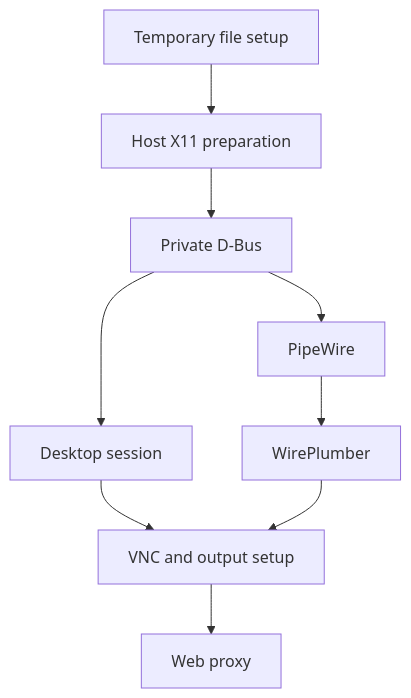
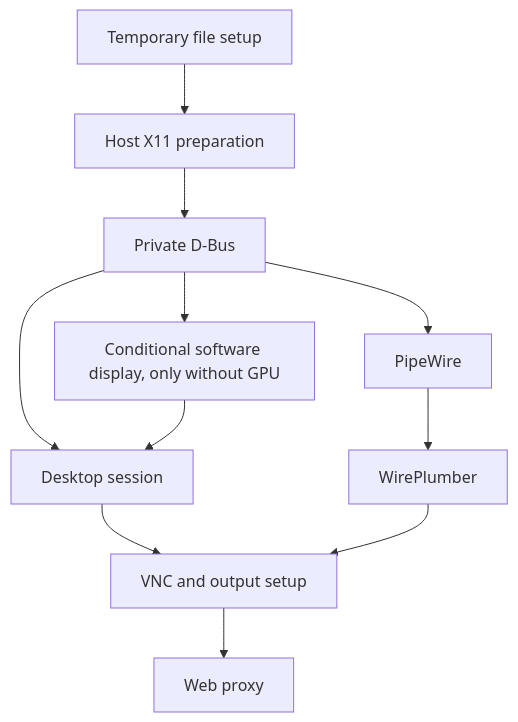
One commit to skynet-core/kde-container changed the diagram in docs/diagrams/service-order.mmd. Above: the diagram before and after it, drawn with Mermaid. The commit also changed 76 other files, not shown here.

```diff
--- a/docs/diagrams/service-order.mmd
+++ b/docs/diagrams/service-order.mmd
@@ -1,13 +1,15 @@
 flowchart TD
     tmp["Temporary file setup"]
     host["Host X11 preparation"]
     bus["Private D-Bus"]
+    software["Conditional software display, only without GPU"]
     session["Desktop session"]
     pw["PipeWire"]
     wp["WirePlumber"]
     vnc["VNC and output setup"]
     web["Web proxy"]
     tmp --> host --> bus
     bus --> session --> vnc
+    bus --> software --> session
     bus --> pw --> wp --> vnc
     vnc --> web
```
